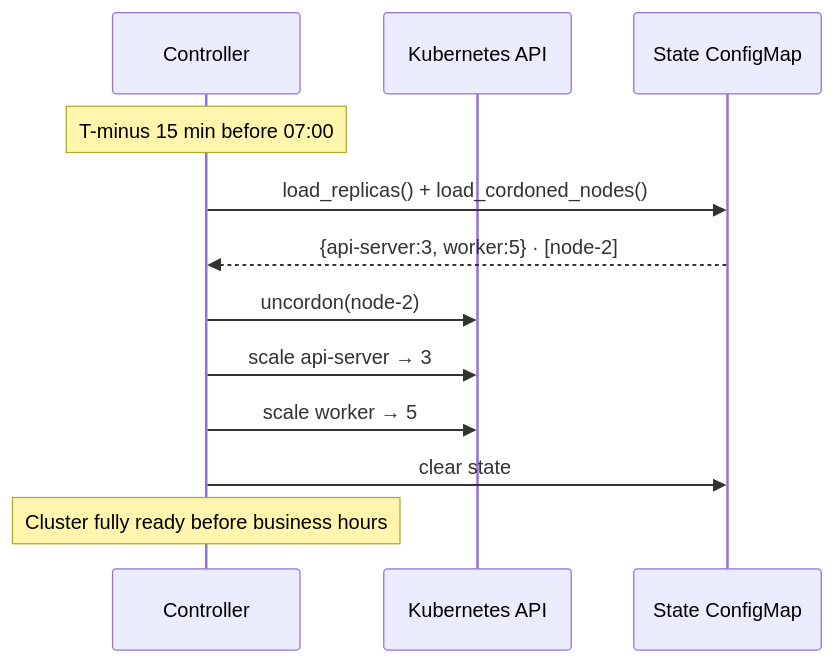
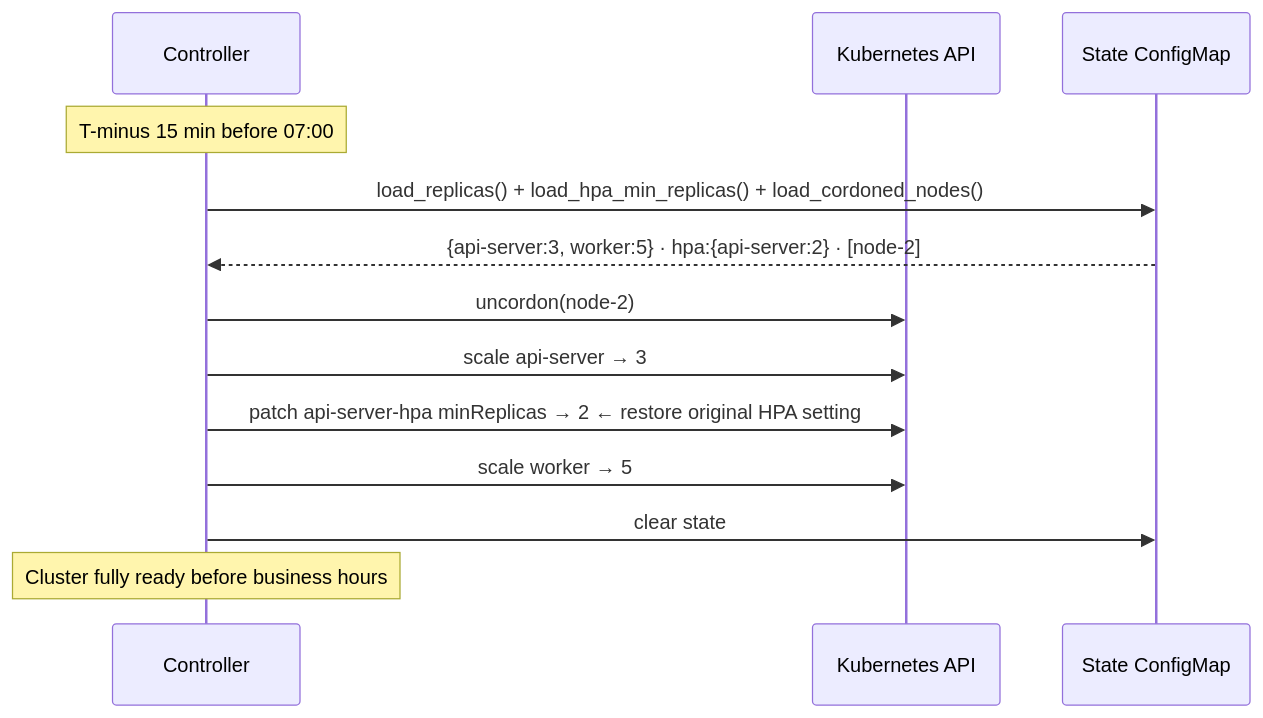
Before and after one commit to sriaratragada/Dynamic-Predictive-FinOps-Cluster-Down-Scaler: the fifth of 8 diagrams in OVERVIEW.md, drawn with Mermaid. The commit also changed other lines of this file and 2 other files, not shown here.

First line of the commit message:
Update docs to reflect HPA suspend, auto-labeller, and audit log

````diff
--- a/OVERVIEW.md
+++ b/OVERVIEW.md
@@ -161,15 +164,16 @@
 ```mermaid
 sequenceDiagram
   participant C as Controller
   participant K as Kubernetes API
   participant S as State ConfigMap
 
   Note over C: T-minus 15 min before 07:00
-  C->>S: load_replicas() + load_cordoned_nodes()
-  S-->>C: {api-server:3, worker:5} · [node-2]
+  C->>S: load_replicas() + load_hpa_min_replicas() + load_cordoned_nodes()
+  S-->>C: {api-server:3, worker:5} · hpa:{api-server:2} · [node-2]
   C->>K: uncordon(node-2)
   C->>K: scale api-server → 3
+  C->>K: patch api-server-hpa minReplicas → 2  ← restore original HPA setting
   C->>K: scale worker → 5
   C->>S: clear state
   Note over C: Cluster fully ready before business hours
 ```
````
